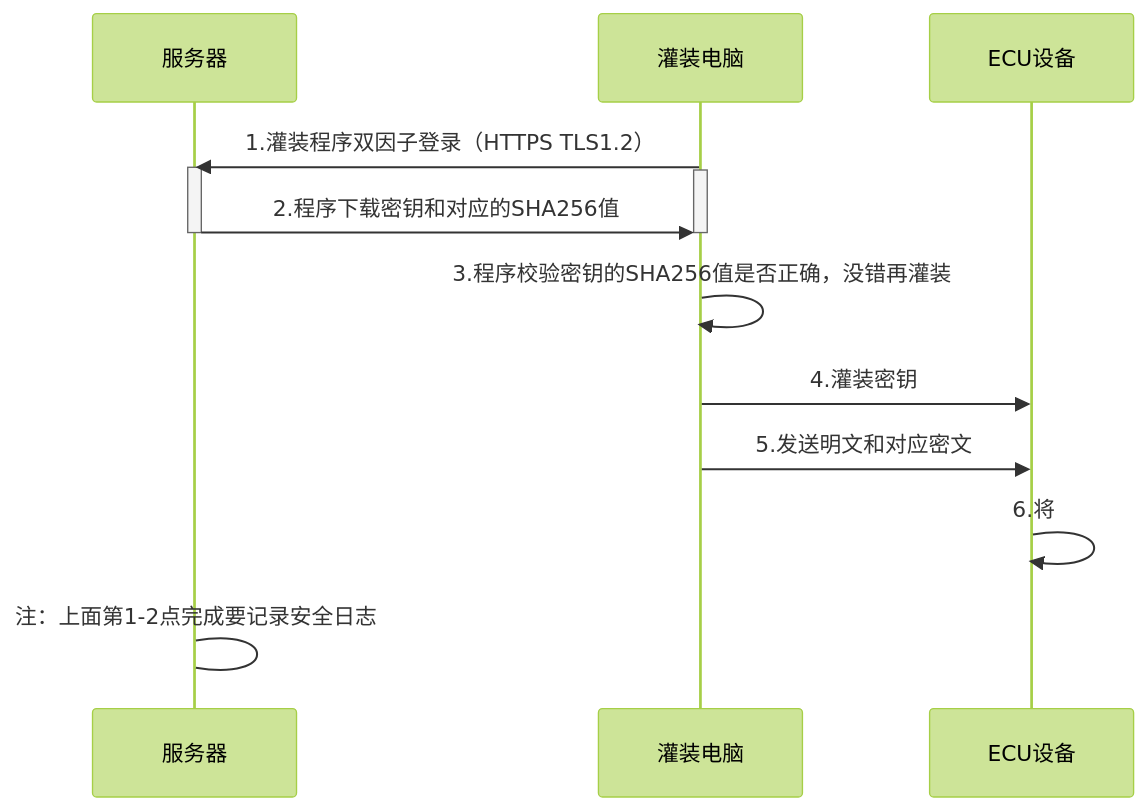
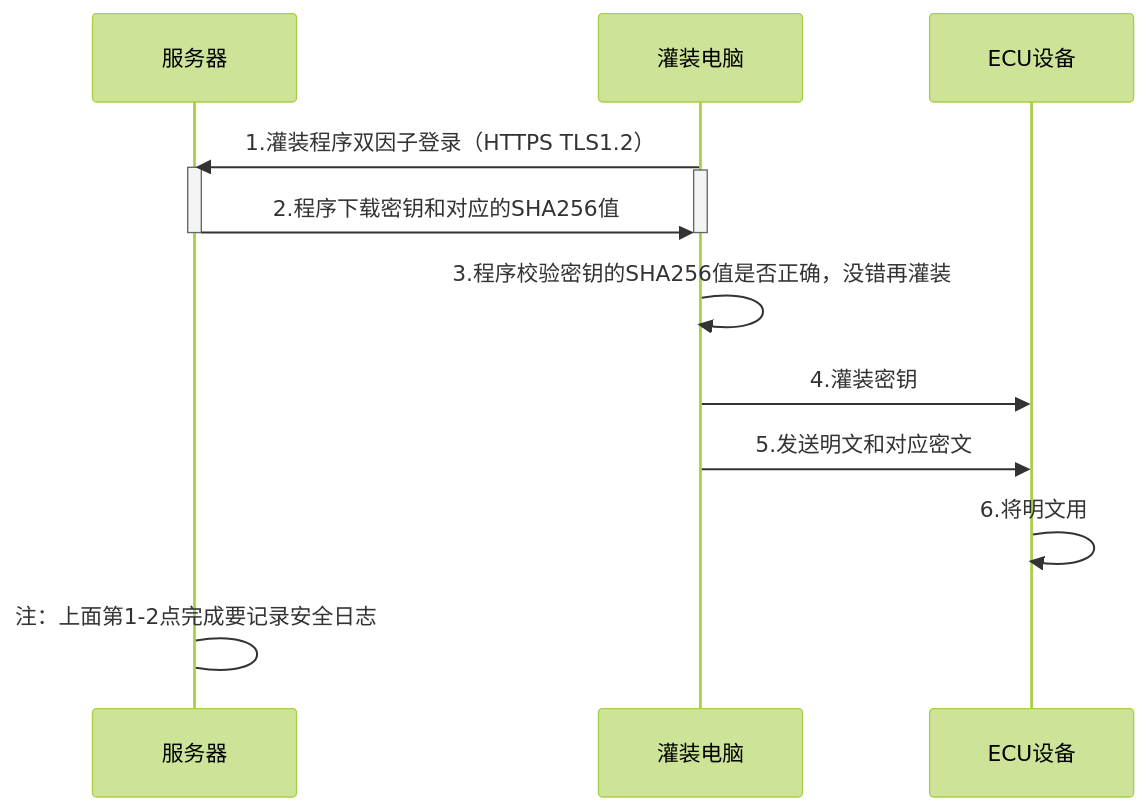
One commit to facebook-cloud/iodraw-files changed the diagram in all/未命名-25.md. Above: the diagram before and after it, drawn with Mermaid (forest theme).

Commit message:
2026-04-21 15:23:18 update

````diff
--- a/all/未命名-25.md
+++ b/all/未命名-25.md
@@ -1,23 +1,23 @@
 ```mermaid
 sequenceDiagram
   
     participant B as 服务器
     participant D as 灌装电脑
     participant E as ECU设备
 
     D->>B: 1.灌装程序双因子登录（HTTPS TLS1.2）
     activate B
     activate D
 
     B->>D: 2.程序下载密钥和对应的SHA256值 
 
     deactivate B
     deactivate D
     
     D->>D: 3.程序校验密钥的SHA256值是否正确，没错再灌装
     D->>E: 4.灌装密钥
     D->>E: 5.发送明文和对应密文
-    E->>E: 6.将
+    E->>E: 6.将明文用
 
     B->B: 注：上面第1-2点完成要记录安全日志
 ```
````
